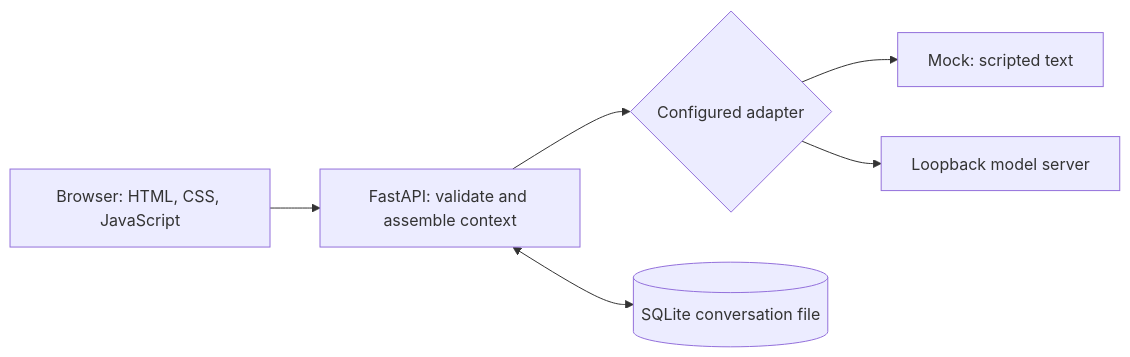
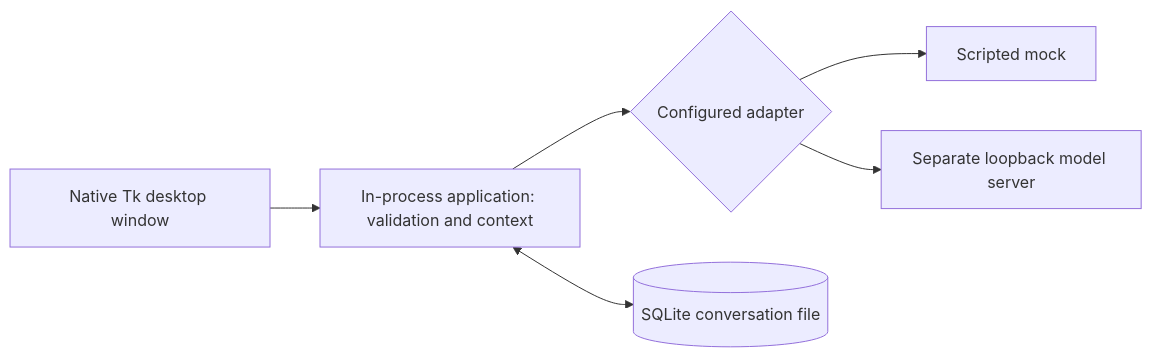
Before and after one commit to Mallow99/Personality-Playground: the diagram in docs/architecture.md, drawn with Mermaid. The commit also changed other lines of this file and 17 other files, not shown here.

Commit message:
Replace browser interface with native desktop app

````diff
--- a/docs/architecture.md
+++ b/docs/architecture.md
@@ -9,8 +9,8 @@
 ```mermaid
 flowchart LR
-    UI[Browser: HTML, CSS, JavaScript] --> API[FastAPI: validate and assemble context]
-    API --> Adapter{Configured adapter}
-    Adapter --> Mock[Mock: scripted text]
-    Adapter --> Local[Loopback model server]
-    API <--> DB[(SQLite conversation file)]
+    UI[Native Tk desktop window] --> App[In-process application: validation and context]
+    App --> Adapter{Configured adapter}
+    Adapter --> Mock[Scripted mock]
+    Adapter --> Local[Separate loopback model server]
+    App <--> DB[(SQLite conversation file)]
 ```
````
